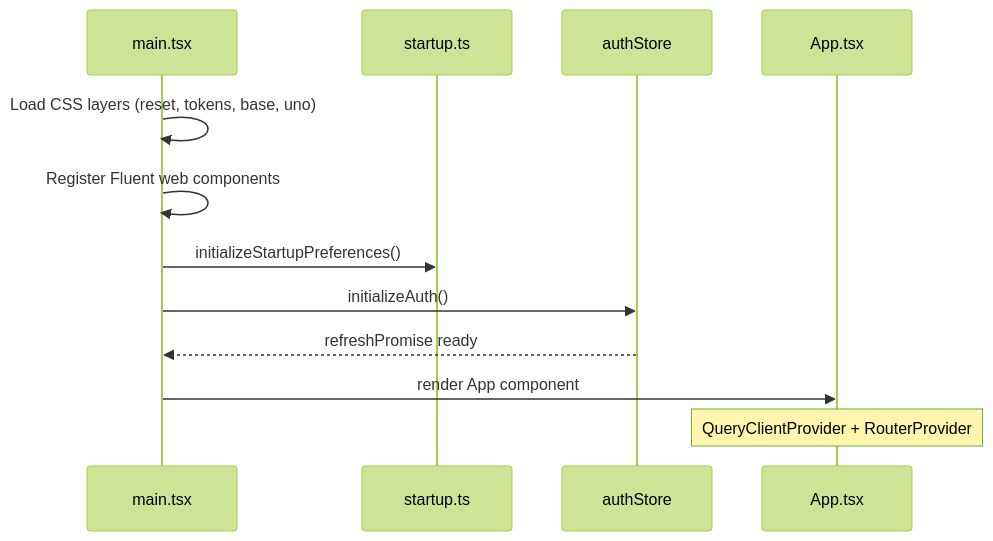
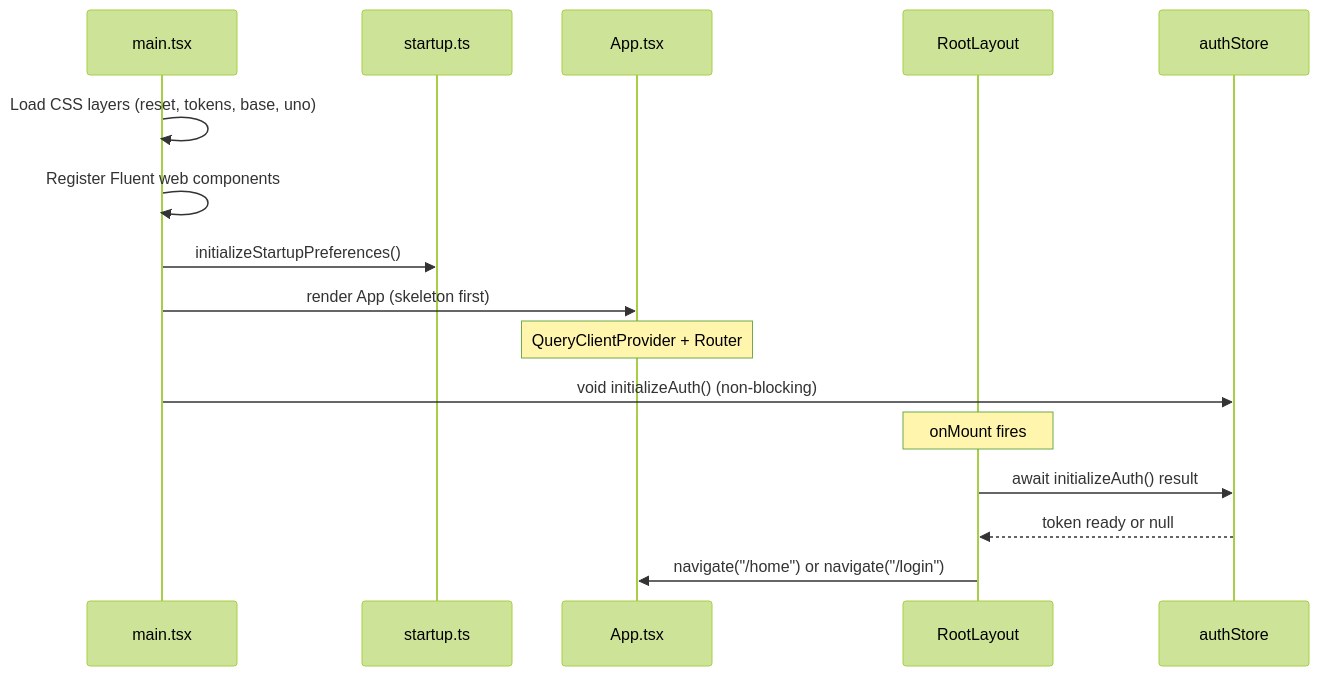
One commit to a1121611810/Pictelio changed the diagram in openwiki/architecture/overview.md. Above: the diagram before and after it, drawn with Mermaid (forest theme). The commit also changed other lines of this file and 40 other files, not shown here.

````diff
--- a/openwiki/architecture/overview.md
+++ b/openwiki/architecture/overview.md
@@ -35,15 +35,19 @@
 ```mermaid
 sequenceDiagram
     participant M as main.tsx
     participant S as startup.ts
+    participant R as App.tsx
+    participant RL as RootLayout
     participant A as authStore
-    participant R as App.tsx
 
     M->>M: Load CSS layers (reset, tokens, base, uno)
     M->>M: Register Fluent web components
     M->>S: initializeStartupPreferences()
-    M->>A: initializeAuth()
-    A-->>M: refreshPromise ready
-    M->>R: render App component
-    Note over R: QueryClientProvider + RouterProvider
+    M->>R: render App (skeleton first)
+    Note over R: QueryClientProvider + Router
+    M->>A: void initializeAuth() (non-blocking)
+    Note over RL: onMount fires
+    RL->>A: await initializeAuth() result
+    A-->>RL: token ready or null
+    RL->>R: navigate("/home") or navigate("/login")
 ```
````
